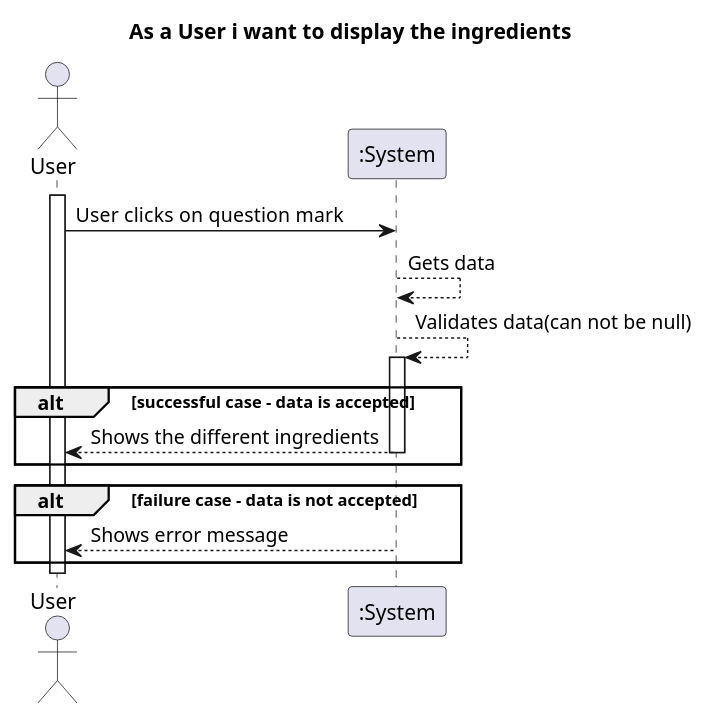
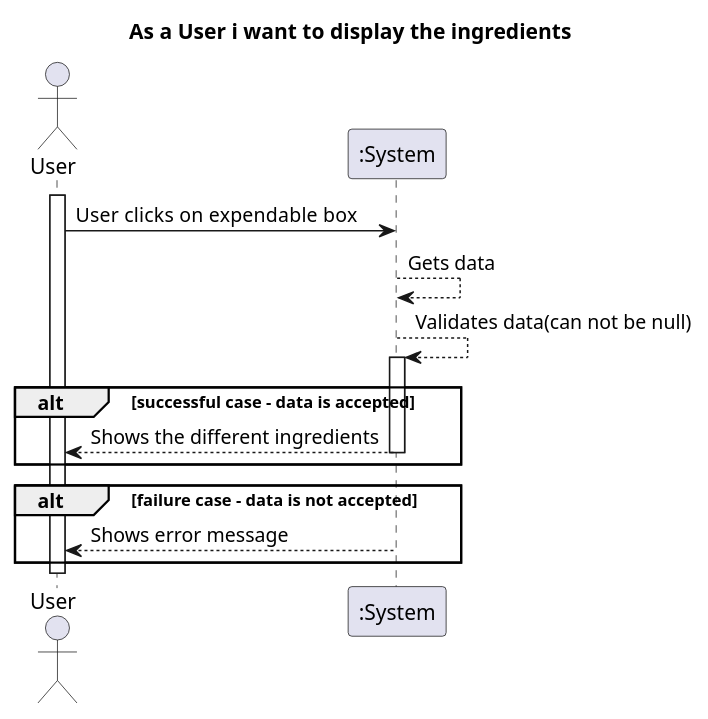
One commit to IsepMartimOliveira/DSSMV_ProjectReact_1181754 changed the diagram in OnlineSupertmarket/docs/US/US03/SSD.puml. Above: the diagram before and after it, drawn with PlantUML. The commit also changed 4 other files, not shown here.

```diff
--- a/OnlineSupertmarket/docs/US/US03/SSD.puml
+++ b/OnlineSupertmarket/docs/US/US03/SSD.puml
@@ -1,24 +1,24 @@
 @startuml
 'https://plantuml.com/sequence-diagram
 actor "User" as MD
 title As a User i want to display the ingredients
 
 activate MD
-MD -> ":System" : User clicks on  question mark
+MD -> ":System" : User clicks on  expendable box
 ":System" --> ":System" : Gets data
 ":System" --> ":System" : Validates data(can not be null)
 alt successful case - data is accepted
 activate ":System"
 ":System" --> MD : Shows the different ingredients
 deactivate ":System"
 
 end
 
 alt failure case - data is not accepted
 activate ":System"
 ":System" --> MD : Shows error message
 deactivate ":System"
 
 end
 deactivate MD
 @enduml
```
